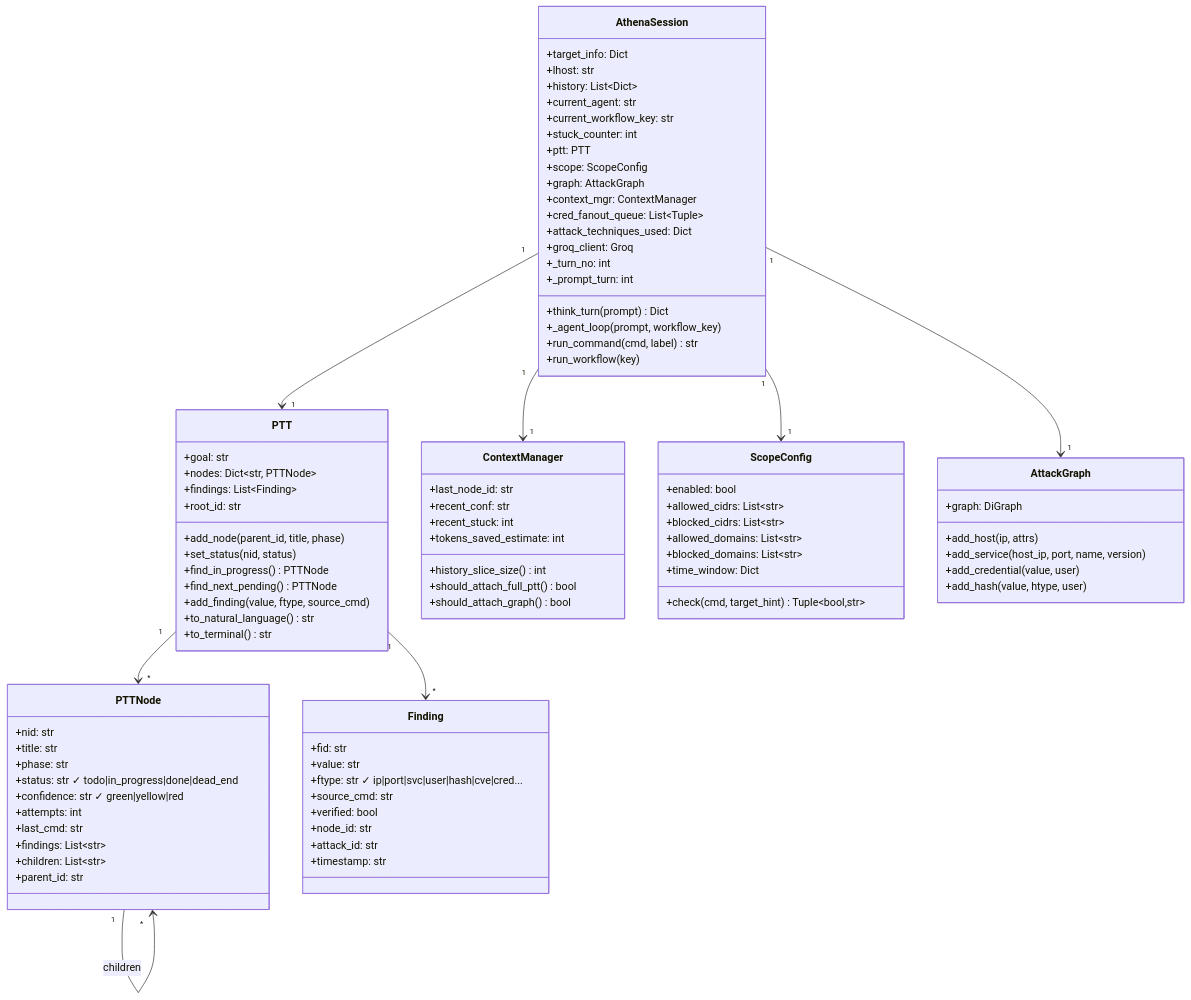
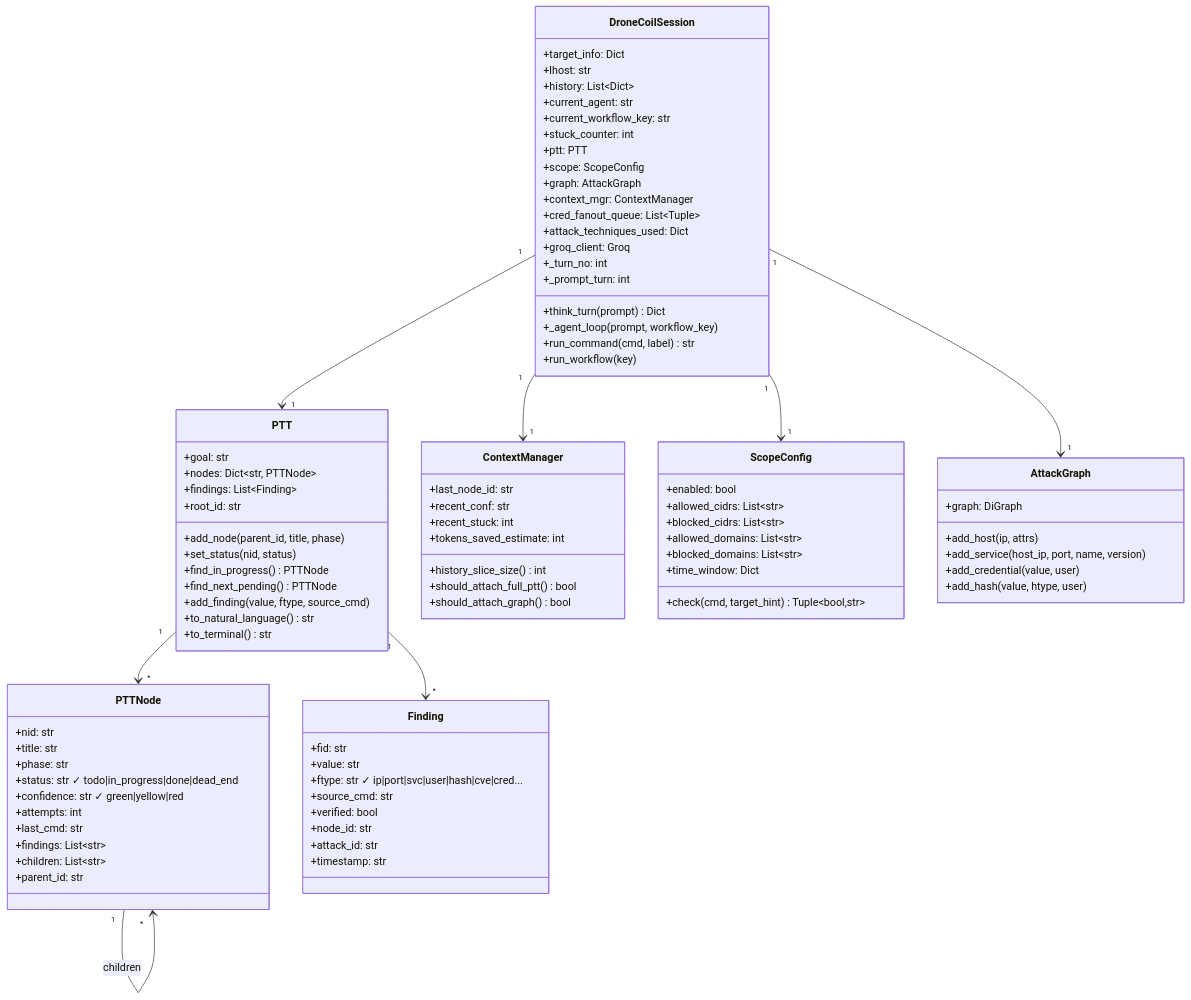
The second of 8 diagrams in docs/DEVELOPER_GUIDE.md (VV-B0Y/Grenulus-CLI), drawn with Mermaid before and after one commit. The commit also changed other lines of this file and 13 other files, not shown here.

Commit message:
rebrand: rename project from Athena/Grenulus-CLI to DroneCoil

````diff
--- a/docs/DEVELOPER_GUIDE.md
+++ b/docs/DEVELOPER_GUIDE.md
@@ -130,6 +130,6 @@
 ```mermaid
 classDiagram
-    class AthenaSession {
+    class DroneCoilSession {
         +target_info: Dict
         +lhost: str
         +history: List~Dict~
@@ -217,10 +217,10 @@
         +add_hash(value, htype, user)
     }
 
-    AthenaSession "1" --> "1" PTT
-    AthenaSession "1" --> "1" ContextManager
-    AthenaSession "1" --> "1" ScopeConfig
-    AthenaSession "1" --> "1" AttackGraph
+    DroneCoilSession "1" --> "1" PTT
+    DroneCoilSession "1" --> "1" ContextManager
+    DroneCoilSession "1" --> "1" ScopeConfig
+    DroneCoilSession "1" --> "1" AttackGraph
     PTT "1" --> "*" PTTNode
     PTT "1" --> "*" Finding
     PTTNode "1" --> "*" PTTNode : children
````
